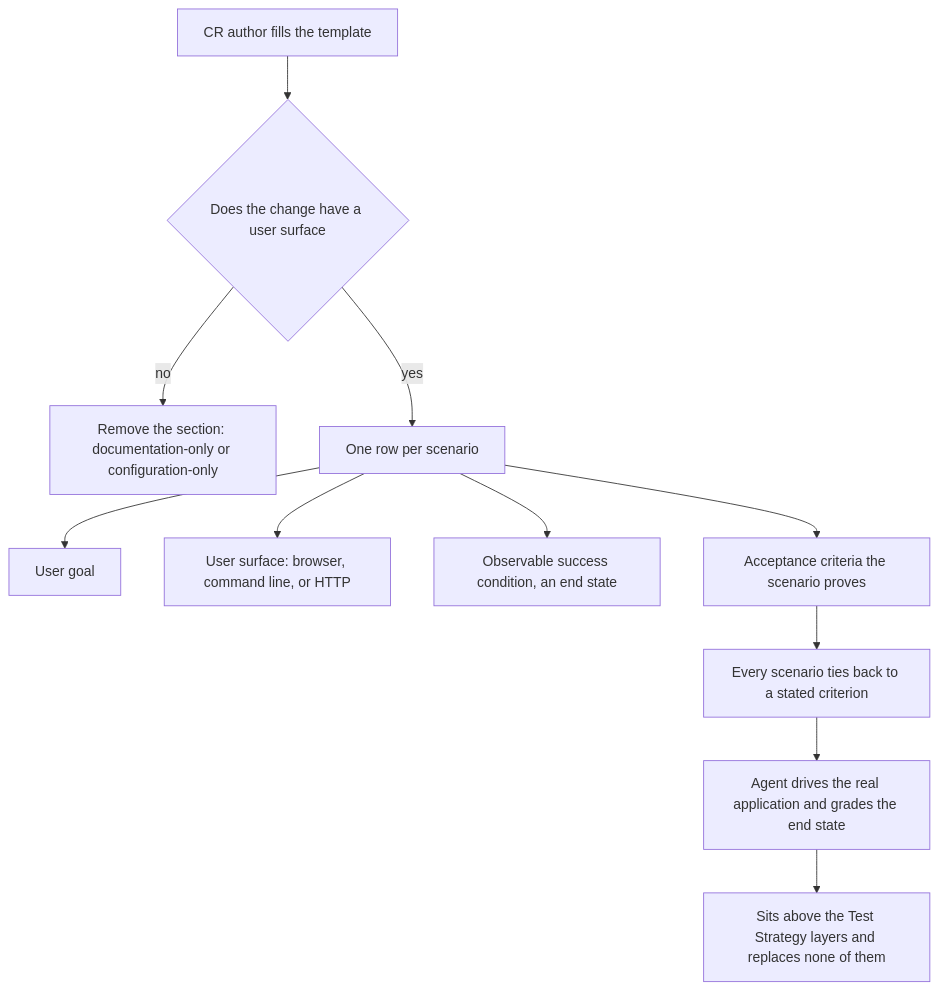
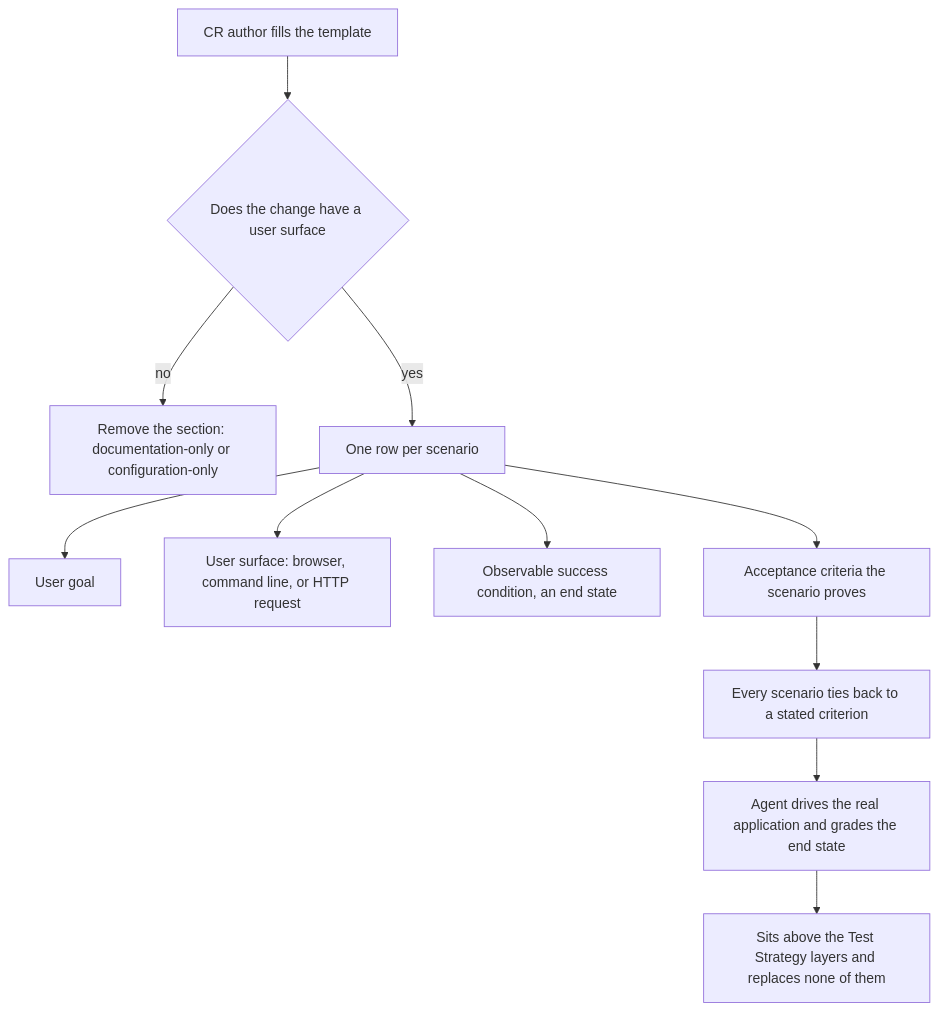
The second of 3 diagrams in docs/cr/CR-0018-model-based-testing-section.md (desek/governance), drawn with Mermaid before and after one commit. The commit also changed other lines of this file, not shown here.

````diff
--- a/docs/cr/CR-0018-model-based-testing-section.md
+++ b/docs/cr/CR-0018-model-based-testing-section.md
@@ -86,13 +88,13 @@
 ```mermaid
 flowchart TD
     A["CR author fills the template"] --> Q{"Does the change have a user surface"}
     Q -->|"no"| OMIT["Remove the section: documentation-only or configuration-only"]
     Q -->|"yes"| FILL["One row per scenario"]
     FILL --> F1["User goal"]
-    FILL --> F2["User surface: browser, command line, or HTTP"]
+    FILL --> F2["User surface: browser, command line, or HTTP request"]
     FILL --> F3["Observable success condition, an end state"]
     FILL --> F4["Acceptance criteria the scenario proves"]
     F4 --> TIE["Every scenario ties back to a stated criterion"]
     TIE --> RUN["Agent drives the real application and grades the end state"]
     RUN --> ABOVE["Sits above the Test Strategy layers and replaces none of them"]
 ```
````
